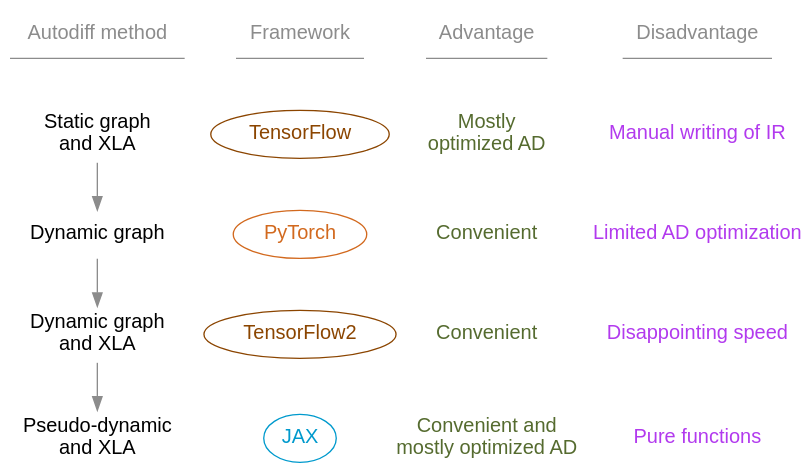
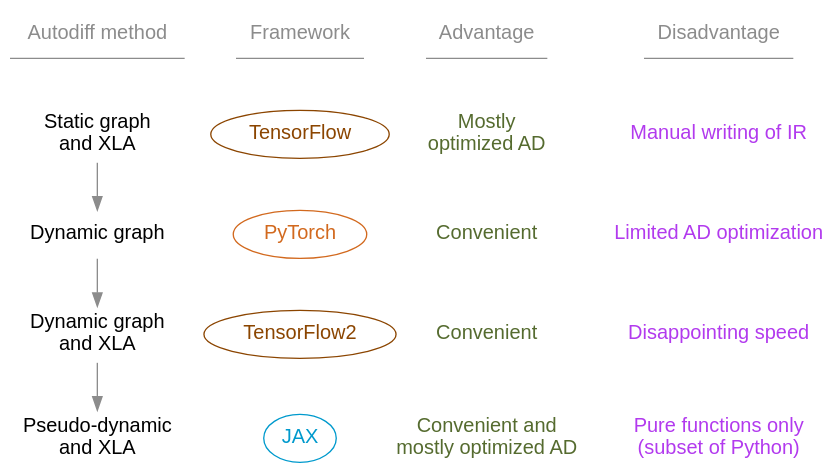
Before and after one commit to WestDRI/arc-training: the first of 6 diagrams in ai/jxai/jxai_jaxstack_content.qmd, drawn with Graphviz. The commit also changed 6 other files, not shown here.

````diff
--- a/ai/jxai/jxai_jaxstack_content.qmd
+++ b/ai/jxai/jxai_jaxstack_content.qmd
@@ -42,54 +42,54 @@
 ```{dot}
 //| echo: false
 //| fig-height: 450px
 
 strict digraph {
 
 bgcolor="transparent"
 graph [fontname="Inconsolata, sans-serif"]
 node [fontname="Inconsolata, sans-serif", fontsize=15]
 
 01 [label="Autodiff method", shape=underline, group=g1, group=g1, fontcolor=gray55, color=gray55]
 1 [label="Static graph\nand XLA", shape=plaintext, group=g1, group=g1]
 2 [label="Dynamic graph", shape=plaintext, group=g1]
 4 [label="Dynamic graph\nand XLA", shape=plaintext, group=g1]
 5 [label="Pseudo-dynamic\nand XLA", shape=plaintext, group=g1]
 
 02 [label="Framework", shape=underline, group=g2, fontcolor=gray55, color=gray55]
 a [label="TensorFlow", shape=oval, group=g2, color=darkorange4, fontcolor=darkorange4]
 b [label="PyTorch", shape=oval, group=g2, color=chocolate, fontcolor=chocolate]
 d [label="TensorFlow2", shape=oval, group=g2, color=darkorange4, fontcolor=darkorange4]
 e [label="JAX", shape=oval, group=g2, color=deepskyblue3, fontcolor=deepskyblue3]
 
 03 [label=Advantage, shape=underline, group=g3, fontcolor=gray55, color=gray55]
 7 [label="Mostly\noptimized AD", shape=plaintext, fontcolor=darkolivegreen, group=g3]
 8 [label="Convenient", shape=plaintext, fontcolor=darkolivegreen, group=g3]
 9 [label="Convenient", shape=plaintext, fontcolor=darkolivegreen, group=g3]
 10 [label="Convenient and\nmostly optimized AD", shape=plaintext, fontcolor=darkolivegreen, group=g3]
 
 04 [label=Disadvantage, shape=underline, group=g4, fontcolor=gray55, color=gray55]
 A [label="Manual writing of IR", shape=plaintext, fontcolor=darkorchid2, group=g4]
 B [label="Limited AD optimization", shape=plaintext, fontcolor=darkorchid2, group=g4]
 D [label="Disappointing speed", shape=plaintext, fontcolor=darkorchid2, group=g4]
-E [label="Pure functions", shape=plaintext, fontcolor=darkorchid2, group=g4]
+E [label="Pure functions only\n(subset of Python)", shape=plaintext, fontcolor=darkorchid2, group=g4]
 
 {rank=same; 01 02 03 04}
 {rank=same; 1 a 7 A}
 {rank=same; 2 b 8 B}
 {rank=same; 4 d 9 D}
 {rank=same; 5 e 10 E}
 
 01 -> 02 -> 03 -> 04 [style=invis]
 1 -> a -> 7 -> A [style=invis]
 2 -> b -> 8 -> B [style=invis]
 4 -> d -> 9 -> D [style=invis]
 5 -> e -> 10 -> E [style=invis]
 
 01 -> 1 [style=invis]
 1 -> 2 -> 4 -> 5 [color=gray55]
 02 -> a -> b -> d -> e [style=invis]
 03 -> 7 -> 8 -> 9 -> 10 [style=invis]
 04 -> A -> B -> D -> E [style=invis]
 
 }
 ```
````
